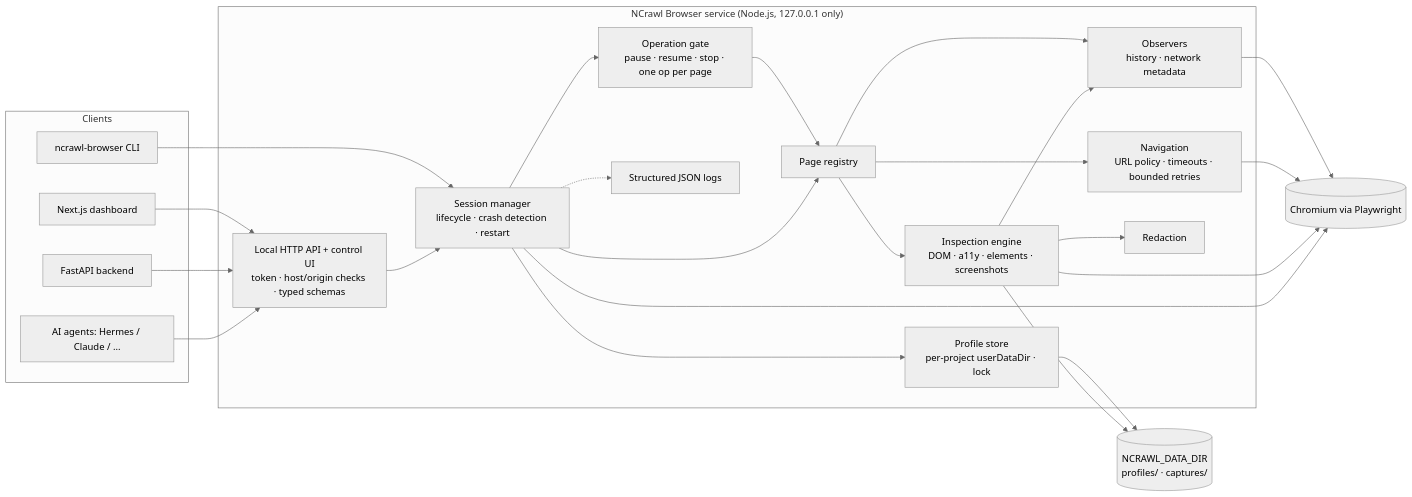
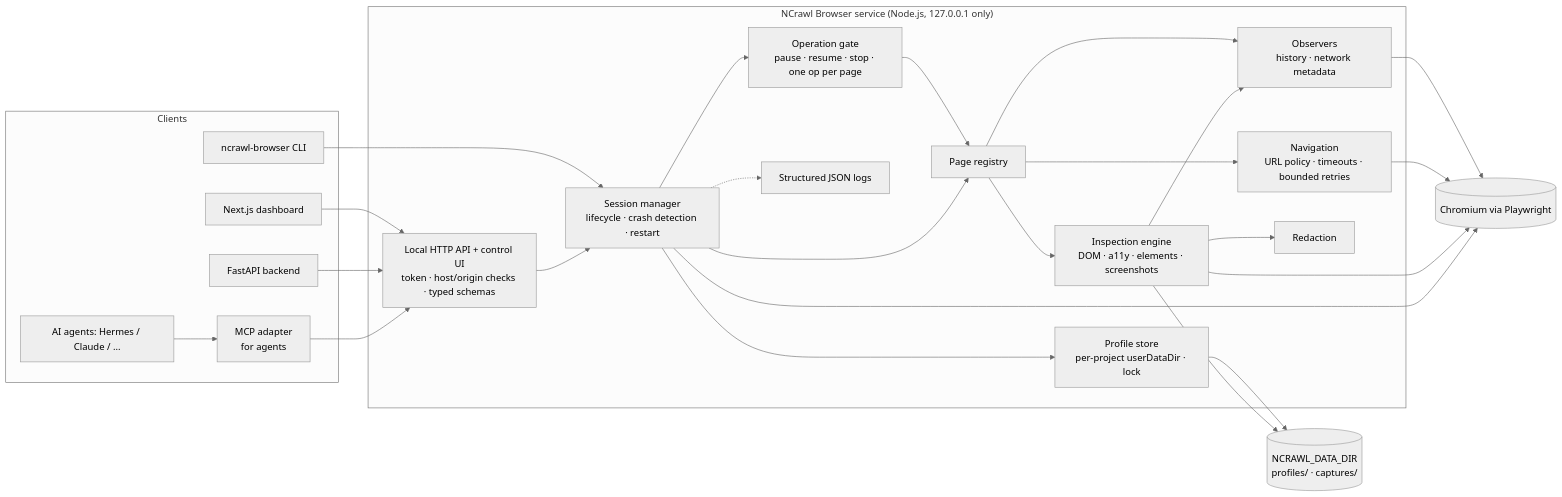
Before and after one commit to fahimmuntacher/ncrawl-browser: the diagram in docs/architecture.md, drawn with Mermaid (neutral theme). The commit also changed other lines of this file and 28 other files, not shown here.

First line of the commit message:
Add integration contracts, typed client and MCP adapter (Phase 4)

````diff
--- a/docs/architecture.md
+++ b/docs/architecture.md
@@ -3,47 +3,49 @@
 ```mermaid
 flowchart LR
   subgraph Clients
     DASH[Next.js dashboard]
     API[FastAPI backend]
     AGENT[AI agents: Hermes / Claude / ...]
     CLI[ncrawl-browser CLI]
+    MCPA[MCP adapter<br/>for agents]
   end
 
   subgraph NB["NCrawl Browser service (Node.js, 127.0.0.1 only)"]
     HTTP[Local HTTP API + control UI<br/>token · host/origin checks · typed schemas]
     GATE[Operation gate<br/>pause · resume · stop · one op per page]
     SM[Session manager<br/>lifecycle · crash detection · restart]
     PS[Profile store<br/>per-project userDataDir · lock]
     PR[Page registry]
     NAV[Navigation<br/>URL policy · timeouts · bounded retries]
     INS[Inspection engine<br/>DOM · a11y · elements · screenshots]
     OBS[Observers<br/>history · network metadata]
     RED[Redaction]
     LOG[Structured JSON logs]
   end
 
   CHR[(Chromium via Playwright)]
   FS[(NCRAWL_DATA_DIR<br/>profiles/ · captures/)]
 
   DASH --> HTTP
   API --> HTTP
-  AGENT --> HTTP
+  AGENT --> MCPA
+  MCPA --> HTTP
   CLI --> SM
   HTTP --> SM
   SM --> GATE
   GATE --> PR
   SM --> PS
   SM --> PR
   PR --> NAV
   PR --> INS
   PR --> OBS
   OBS --> CHR
   INS --> OBS
   INS --> RED
   NAV --> CHR
   INS --> CHR
   SM --> CHR
   PS --> FS
   INS --> FS
   SM -.-> LOG
 ```
````
